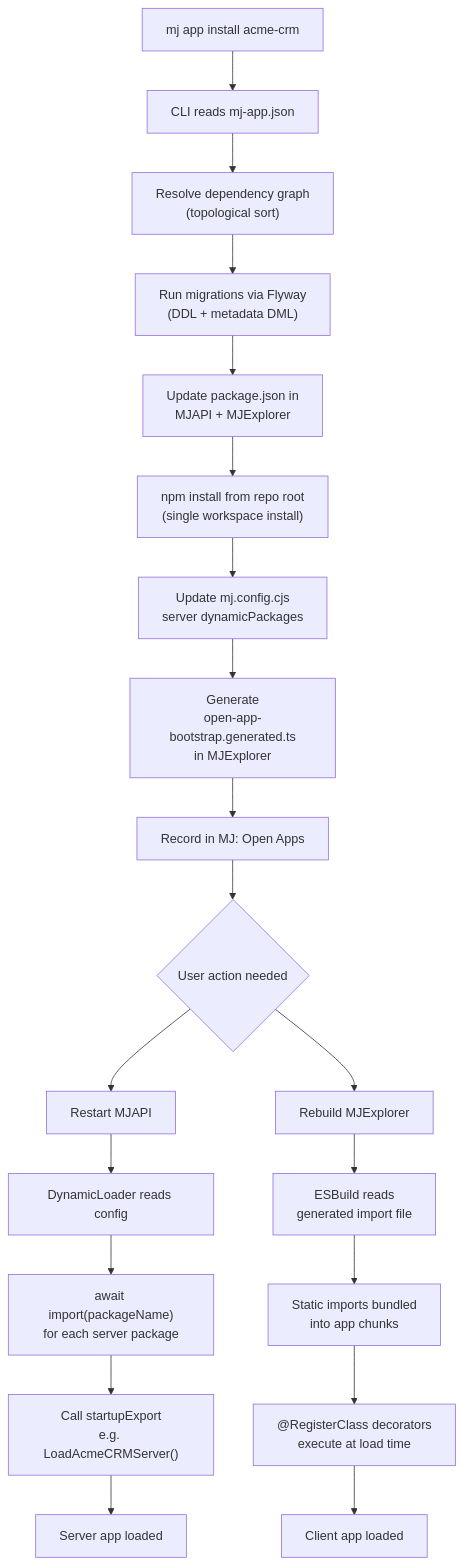
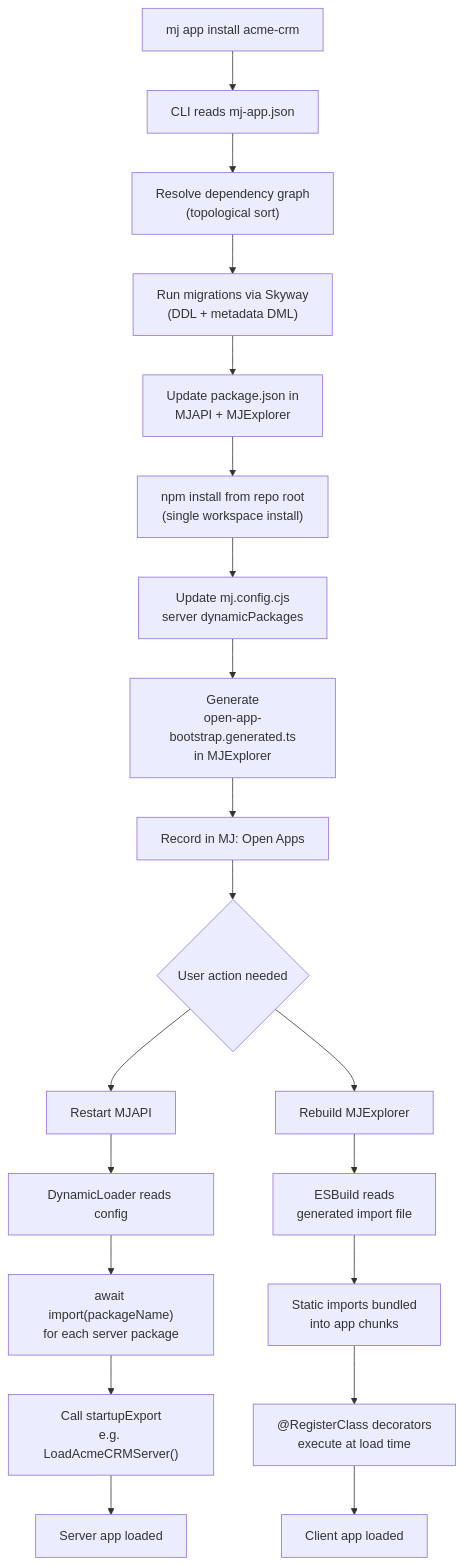
One commit to MemberJunction/MJ changed the diagram in plans/open-app-spec.md. Above: the diagram before and after it, drawn with Mermaid. The commit also changed other lines of this file and 1 other file, not shown here.

First line of the commit message:
Update Open App spec: Skyway migration engine, DDL/DML clarification, schemaPlaceholders

````diff
--- a/plans/open-app-spec.md
+++ b/plans/open-app-spec.md
@@ -665,24 +695,24 @@
 ```mermaid
 flowchart TD
     A["mj app install acme-crm"] --> B["CLI reads mj-app.json"]
     B --> C["Resolve dependency graph\n(topological sort)"]
-    C --> D["Run migrations via Flyway\n(DDL + metadata DML)"]
+    C --> D["Run migrations via Skyway\n(DDL + metadata DML)"]
     D --> F["Update package.json in\nMJAPI + MJExplorer"]
     F --> G["npm install from repo root\n(single workspace install)"]
     G --> H["Update mj.config.cjs\nserver dynamicPackages"]
     H --> I["Generate\nopen-app-bootstrap.generated.ts\nin MJExplorer"]
     I --> J["Record in MJ: Open Apps"]
     J --> K{"User action needed"}
     K --> L["Restart MJAPI"]
     K --> M["Rebuild MJExplorer"]
 
     L --> N["DynamicLoader reads config"]
     N --> O["await import(packageName)\nfor each server package"]
     O --> P["Call startupExport\ne.g. LoadAcmeCRMServer()"]
     P --> Q["Server app loaded"]
 
     M --> R["ESBuild reads\ngenerated import file"]
     R --> S["Static imports bundled\ninto app chunks"]
     S --> T["@RegisterClass decorators\nexecute at load time"]
     T --> U["Client app loaded"]
 ```
````
